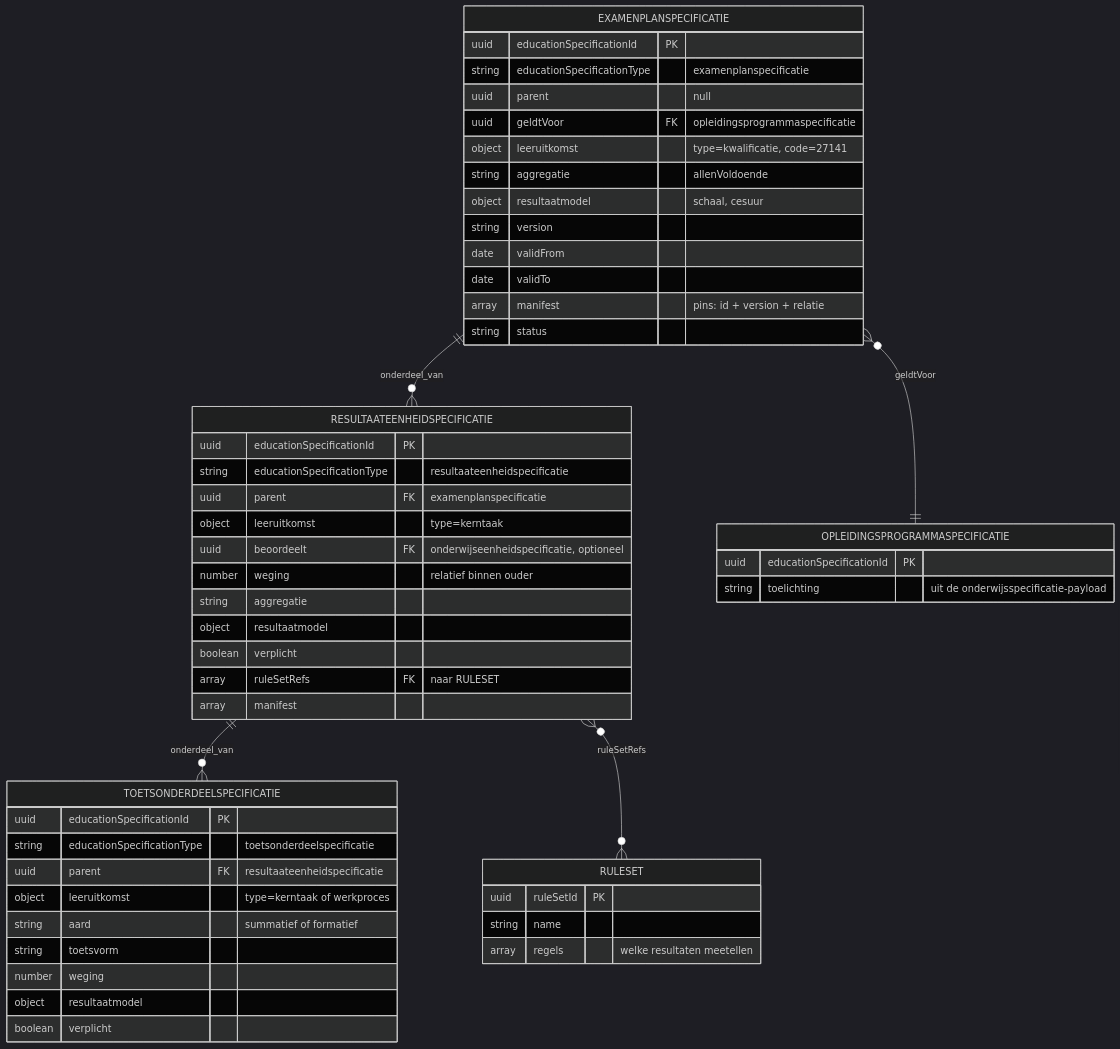
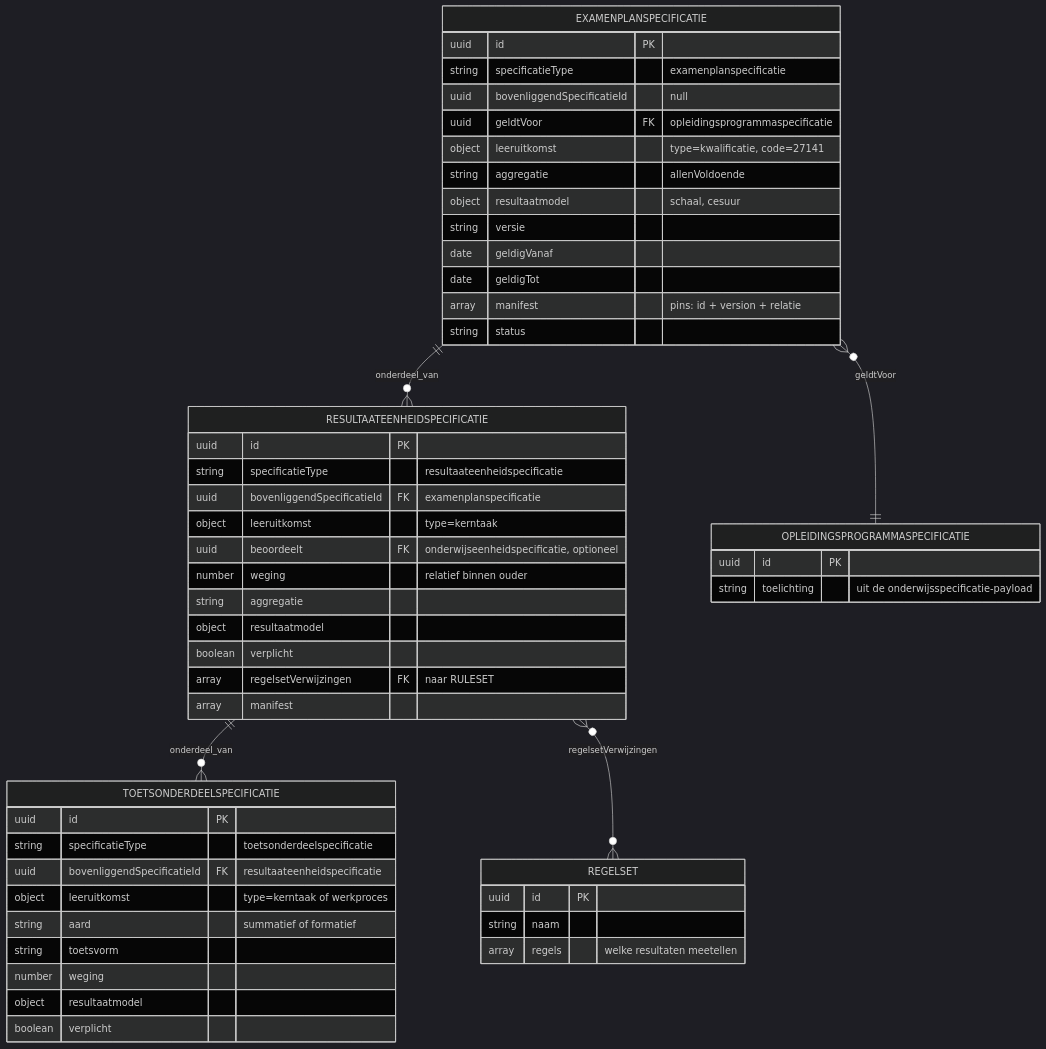
One commit to Npuls-OKx/meta changed the second of 2 diagrams in architecture/agent-artifacts/design-docs/koppelingspecificaties/oc-sis-krs-svs/20260720_0831_okx-lr1-resultaatstructuur-examenplan.md. Above: the diagram before and after it, drawn with Mermaid (dark theme). The commit also changed other lines of this file and 2 other files, not shown here.

````diff
--- a/architecture/agent-artifacts/design-docs/koppelingspecificaties/oc-sis-krs-svs/20260720_0831_okx-lr1-resultaatstructuur-examenplan.md
+++ b/architecture/agent-artifacts/design-docs/koppelingspecificaties/oc-sis-krs-svs/20260720_0831_okx-lr1-resultaatstructuur-examenplan.md
@@ -88,55 +88,55 @@
 ```mermaid
 erDiagram
     EXAMENPLANSPECIFICATIE ||--o{ RESULTAATEENHEIDSPECIFICATIE : onderdeel_van
     RESULTAATEENHEIDSPECIFICATIE ||--o{ TOETSONDERDEELSPECIFICATIE : onderdeel_van
     EXAMENPLANSPECIFICATIE }o--|| OPLEIDINGSPROGRAMMASPECIFICATIE : geldtVoor
-    RESULTAATEENHEIDSPECIFICATIE }o--o{ RULESET : ruleSetRefs
+    RESULTAATEENHEIDSPECIFICATIE }o--o{ REGELSET : regelsetVerwijzingen
 
     EXAMENPLANSPECIFICATIE {
-        uuid educationSpecificationId PK
-        string educationSpecificationType "examenplanspecificatie"
-        uuid parent "null"
+        uuid id PK
+        string specificatieType "examenplanspecificatie"
+        uuid bovenliggendSpecificatieId "null"
         uuid geldtVoor FK "opleidingsprogrammaspecificatie"
         object leeruitkomst "type=kwalificatie, code=27141"
         string aggregatie "allenVoldoende"
         object resultaatmodel "schaal, cesuur"
-        string version
-        date validFrom
-        date validTo
+        string versie
+        date geldigVanaf
+        date geldigTot
         array manifest "pins: id + version + relatie"
         string status
     }
     RESULTAATEENHEIDSPECIFICATIE {
-        uuid educationSpecificationId PK
-        string educationSpecificationType "resultaateenheidspecificatie"
-        uuid parent FK "examenplanspecificatie"
+        uuid id PK
+        string specificatieType "resultaateenheidspecificatie"
+        uuid bovenliggendSpecificatieId FK "examenplanspecificatie"
         object leeruitkomst "type=kerntaak"
         uuid beoordeelt FK "onderwijseenheidspecificatie, optioneel"
         number weging "relatief binnen ouder"
         string aggregatie
         object resultaatmodel
         boolean verplicht
-        array ruleSetRefs FK "naar RULESET"
+        array regelsetVerwijzingen FK "naar RULESET"
         array manifest
     }
     TOETSONDERDEELSPECIFICATIE {
-        uuid educationSpecificationId PK
-        string educationSpecificationType "toetsonderdeelspecificatie"
-        uuid parent FK "resultaateenheidspecificatie"
+        uuid id PK
+        string specificatieType "toetsonderdeelspecificatie"
+        uuid bovenliggendSpecificatieId FK "resultaateenheidspecificatie"
         object leeruitkomst "type=kerntaak of werkproces"
         string aard "summatief of formatief"
         string toetsvorm
         number weging
         object resultaatmodel
         boolean verplicht
     }
-    RULESET {
-        uuid ruleSetId PK
-        string name
+    REGELSET {
+        uuid id PK
+        string naam
         array regels "welke resultaten meetellen"
     }
     OPLEIDINGSPROGRAMMASPECIFICATIE {
-        uuid educationSpecificationId PK
+        uuid id PK
         string toelichting "uit de onderwijsspecificatie-payload"
     }
 ```
````
